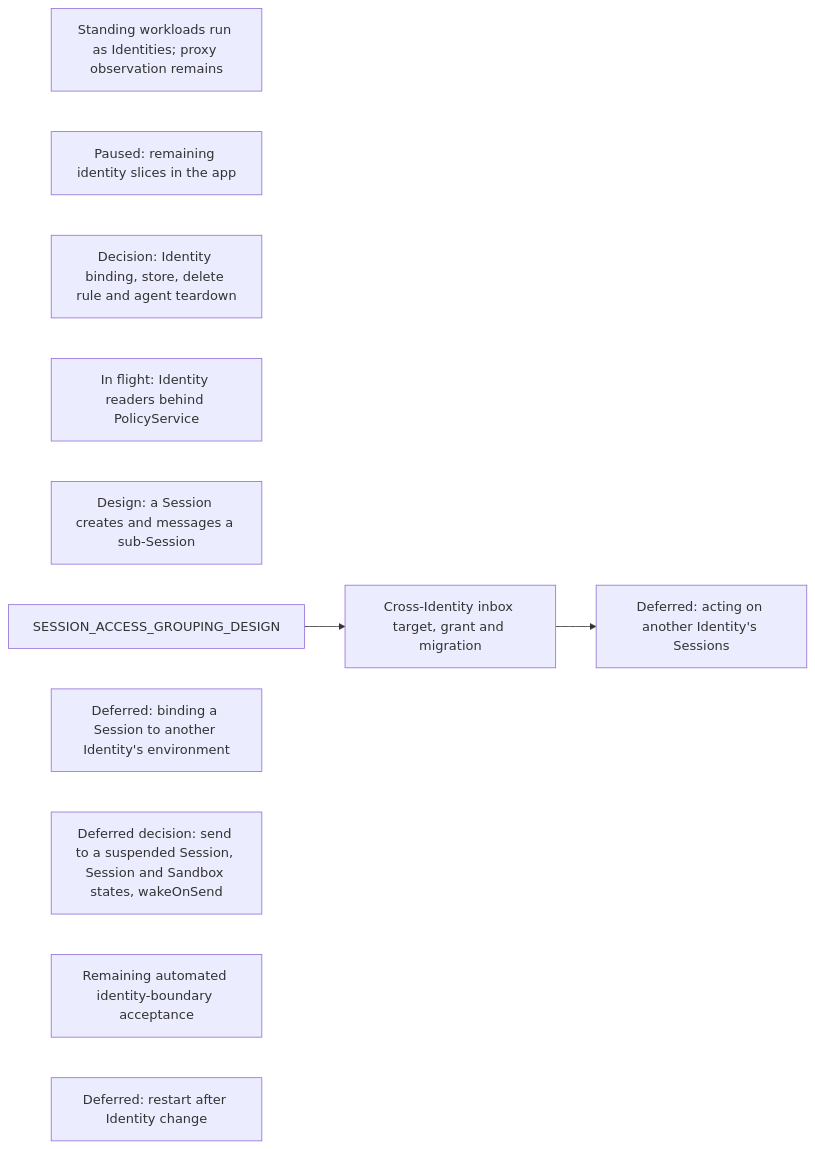
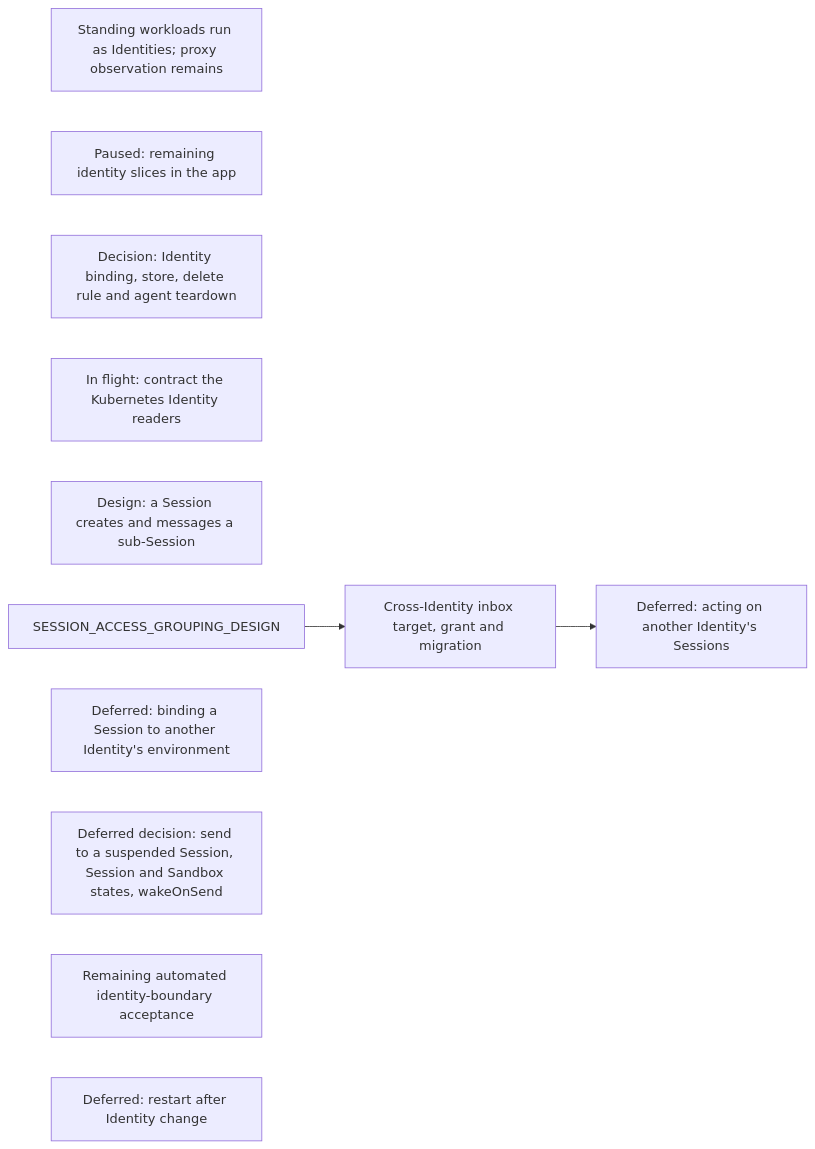
Before and after one commit to agentydragon/ducktape: diagram 16 of 18 in agentplane/plans/task_dag.md, drawn with Mermaid. The commit also changed other lines of this file and 2 other files, not shown here.

Commit message:
Identity ownership: burn down the reader move; no new Kubernetes Identity readers

````diff
--- a/agentplane/plans/task_dag.md
+++ b/agentplane/plans/task_dag.md
@@ -3548,14 +3548,14 @@
 ```mermaid
 flowchart LR
     STANDING_WORKLOAD_IDENTITY[Standing workloads run as Identities; proxy observation remains]
     APP_IDENTITIES_UI[Paused: remaining identity slices in the app]
     IDENTITY_OWNERSHIP_DESIGN[Decision: Identity binding, store, delete rule and agent teardown]
-    IDENTITY_READERS_BEHIND_POLICY_SERVICE[In flight: Identity readers behind PolicyService]
+    IDENTITY_READERS_BEHIND_POLICY_SERVICE[In flight: contract the Kubernetes Identity readers]
     SESSION_SUBAGENT_DELEGATION[Design: a Session creates and messages a sub-Session]
     SESSION_ACCESS_GROUPING_DESIGN --> SESSION_IDENTITY_AUTHZ[Cross-Identity inbox target, grant and migration]
     SESSION_IDENTITY_AUTHZ --> SESSION_CROSS_IDENTITY_AUTHORITY[Deferred: acting on another Identity's Sessions]
     CROSS_IDENTITY_SESSION_BINDING[Deferred: binding a Session to another Identity's environment]
     WAKE_ON_DELIVERY_DESIGN[Deferred decision: send to a suspended Session, Session and Sandbox states, wakeOnSend]
     IDENTITY_SYSTEM_TESTS[Remaining automated identity-boundary acceptance]
     SANDBOX_IDENTITY_CHANGE_CHECKPOINT[Deferred: restart after Identity change]
 ```
````
